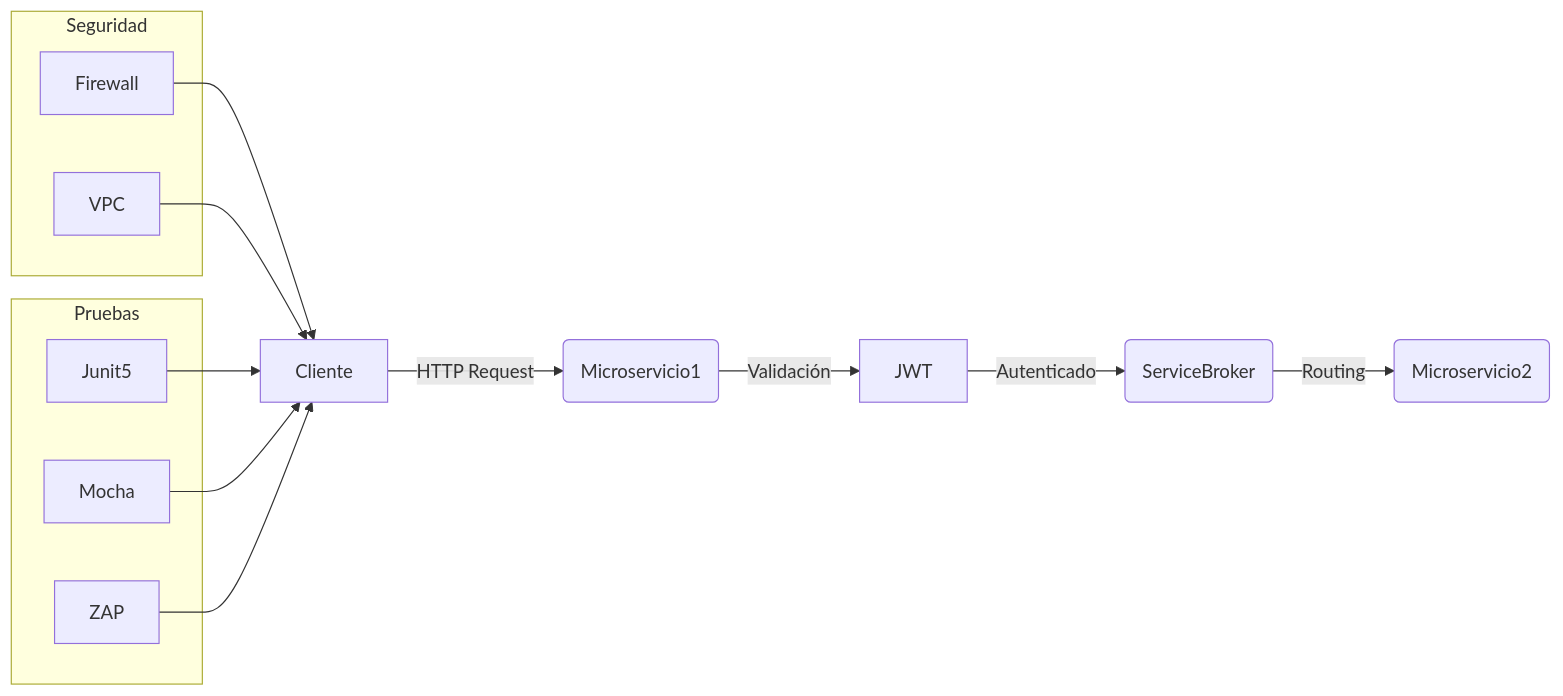
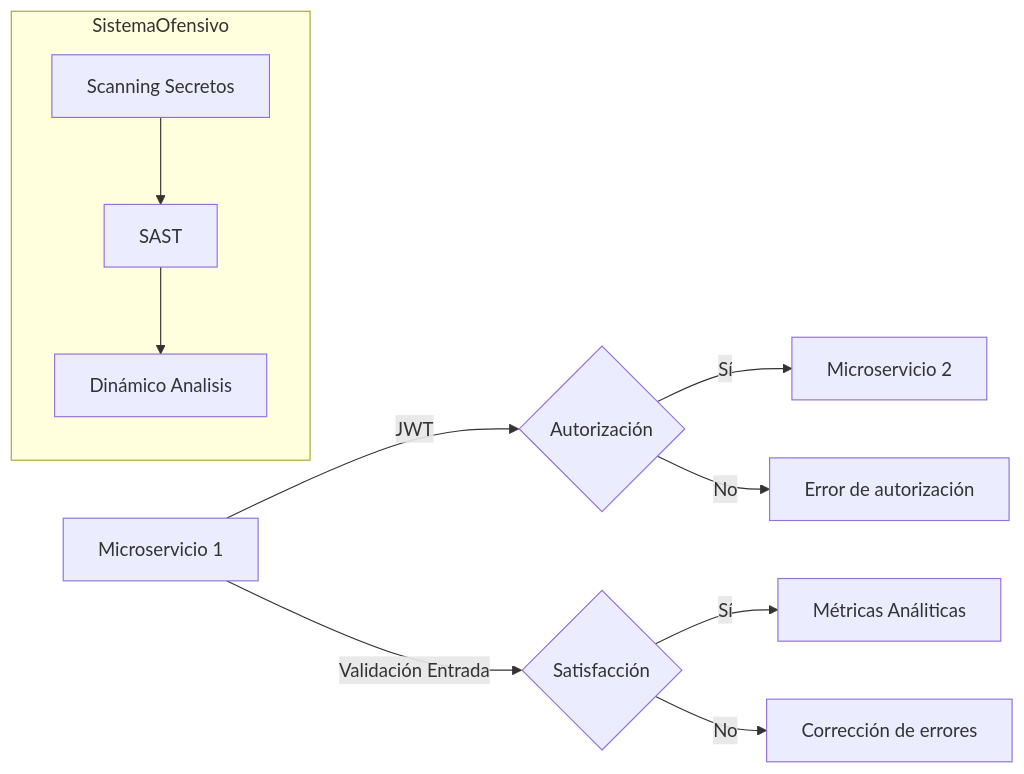
The first of 3 diagrams in Java_Elite/seguridad_ofensiva_y_auditoría_de_microservicios_con_java_21_STAFF.md (Joaquinriosheredia/DAM-Java-Mastery), drawn with Mermaid before and after one commit. The commit also changed other lines of this file, not shown here.

Commit message:
feat: manual de autoridad sobre Seguridad Ofensiva y Auditoría de Microservicios con Java 21 (Staff Level)

````diff
--- a/Java_Elite/seguridad_ofensiva_y_auditoría_de_microservicios_con_java_21_STAFF.md
+++ b/Java_Elite/seguridad_ofensiva_y_auditoría_de_microservicios_con_java_21_STAFF.md
@@ -433,25 +92,15 @@
 ```mermaid
 graph LR;
-  A[Cliente] -->|HTTP Request| B(Microservicio1);
-  B -->|Validación| C[JWT];
-  C -->|Autenticado| D(ServiceBroker);
-  D -->|Routing| E(Microservicio2);
-
-subgraph Seguridad
-    F[Firewall]
-    G[VPC]
-end
-
-F --> A;
-G --> A;
-
-subgraph Pruebas
-    H[Junit5] 
-    I[Mocha]
-    J[ZAP]
-end
-    
-H --> A;
-I --> A;
-J --> A;
+  A[Microservicio 1] -->|JWT| B{Autorización};
+  B --> |Sí| C[Microservicio 2];
+  B --> |No| D[Error de autorización];
+  
+  subgraph SistemaOfensivo
+    E[Scanning Secretos] --> F[SAST]
+    F --> G[Dinámico Analisis]
+  end
+  
+  A -->|Validación Entrada| H{Satisfacción};
+  H --> |Sí| I[Métricas Análiticas];
+  H --> |No| J[Corrección de errores];
 ```
````
